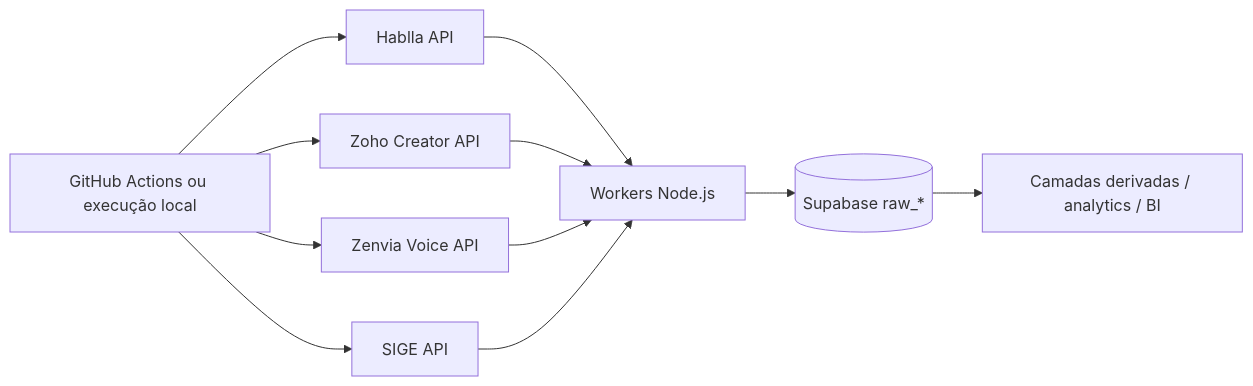
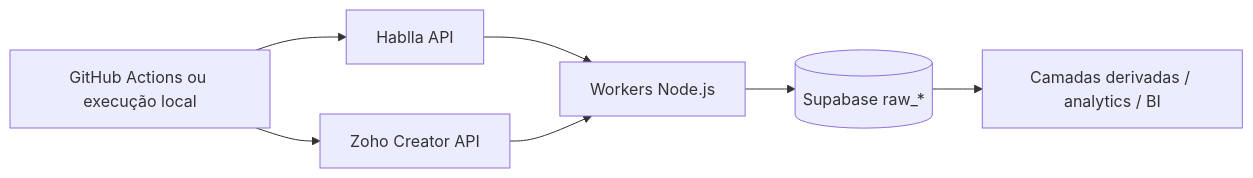
The first of 5 diagrams in README.md (lojadosapo/ls-data), drawn with Mermaid before and after one commit. The commit also changed other lines of this file, not shown here.

````diff
--- a/README.md
+++ b/README.md
@@ -34,13 +34,9 @@
 ```mermaid
 flowchart LR
     GA[GitHub Actions ou execução local] --> API1[Hablla API]
     GA --> API2[Zoho Creator API]
-    GA --> API3[Zenvia Voice API]
-    GA --> API4[SIGE API]
     API1 --> APP[Workers Node.js]
     API2 --> APP
-    API3 --> APP
-    API4 --> APP
     APP --> SB[(Supabase raw_*)]
     SB --> DER[Camadas derivadas / analytics / BI]
 ```
````
